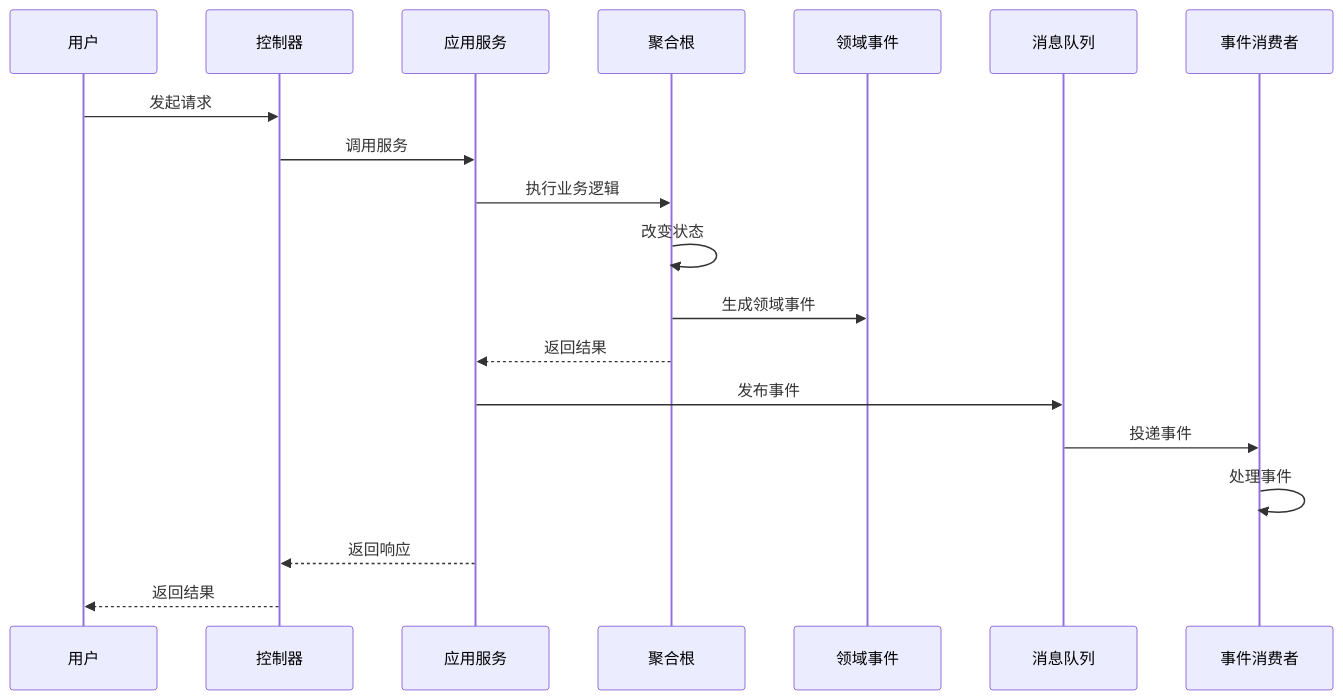
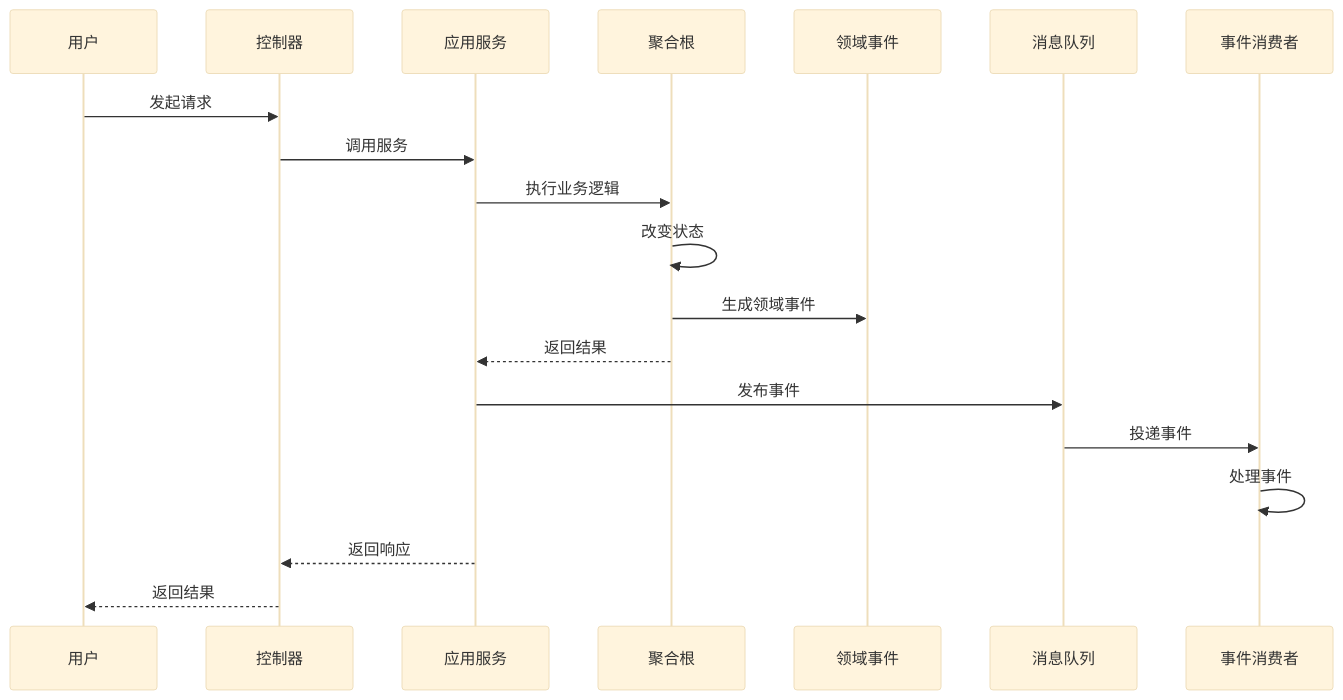
Before and after one commit to microwind/design-patterns: the ninth of 12 diagrams in domain-driven-design/一文搞懂DDD领域驱动设计.md, drawn with Mermaid. The commit also changed other lines of this file, not shown here.

````diff
--- a/domain-driven-design/一文搞懂DDD领域驱动设计.md
+++ b/domain-driven-design/一文搞懂DDD领域驱动设计.md
@@ -565,22 +609,23 @@
 ```mermaid
+%%{init: {'theme': 'base', 'themeVariables': { 'sectionBkgColor': '#E3F2FD', 'altSectionBkgColor': '#BBDEFB', 'gridColor': '#90CAF9'}}}%%
 sequenceDiagram
     participant User as 用户
     participant Controller as 控制器
     participant Service as 应用服务
     participant Aggregate as 聚合根
     participant Event as 领域事件
     participant MQ as 消息队列
     participant Consumer as 事件消费者
     
     User->>Controller: 发起请求
     Controller->>Service: 调用服务
     Service->>Aggregate: 执行业务逻辑
     Aggregate->>Aggregate: 改变状态
     Aggregate->>Event: 生成领域事件
     Aggregate-->>Service: 返回结果
     Service->>MQ: 发布事件
     MQ->>Consumer: 投递事件
     Consumer->>Consumer: 处理事件
     Service-->>Controller: 返回响应
     Controller-->>User: 返回结果
 ```
````
